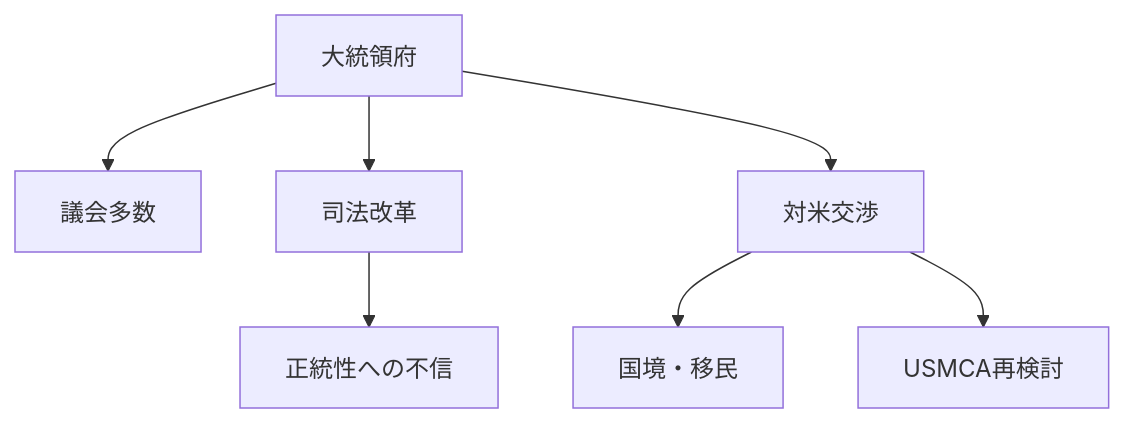
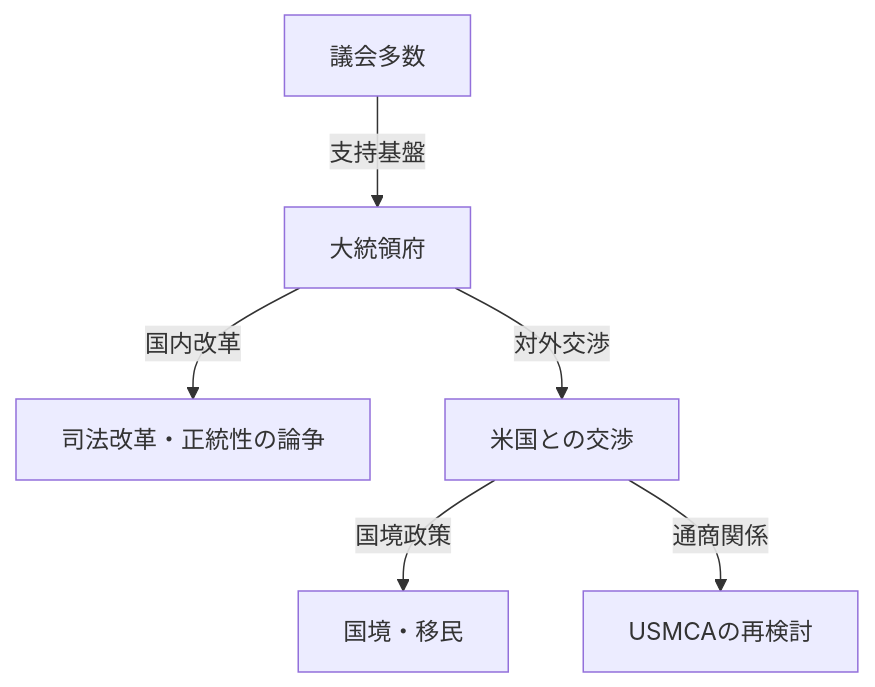
One commit to daylight55/research changed the first of 2 diagrams in articles/report/mexico-geopolitical-profile/ja/index.mdx. Above: the diagram before and after it, drawn with Mermaid. The commit also changed other lines of this file and 181 other files, not shown here.

First line of the commit message:
全記事の図解368点を再生成し、共通注意書きを削除 (#402)

````diff
--- a/articles/report/mexico-geopolitical-profile/ja/index.mdx
+++ b/articles/report/mexico-geopolitical-profile/ja/index.mdx
@@ -26,9 +26,16 @@
 ```mermaid
 flowchart TD
-  A["大統領府"] --> B["議会多数"]
-  A --> C["司法改革"]
-  A --> D["対米交渉"]
-  D --> E["国境・移民"]
-  D --> F["USMCA再検討"]
-  C --> G["正統性への不信"]
+  accTitle: メキシコの国内改革と対米交渉
+  accDescr: 議会多数と司法改革を国内軸、国境・移民とUSMCAを対米軸として分ける。
+  N0["大統領府"]
+  N1["議会多数"]
+  N2["司法改革・正統性の論争"]
+  N3["米国との交渉"]
+  N4["国境・移民"]
+  N5["USMCAの再検討"]
+  N1 -->|支持基盤| N0
+  N0 -->|国内改革| N2
+  N0 -->|対外交渉| N3
+  N3 -->|国境政策| N4
+  N3 -->|通商関係| N5
 ```
````
